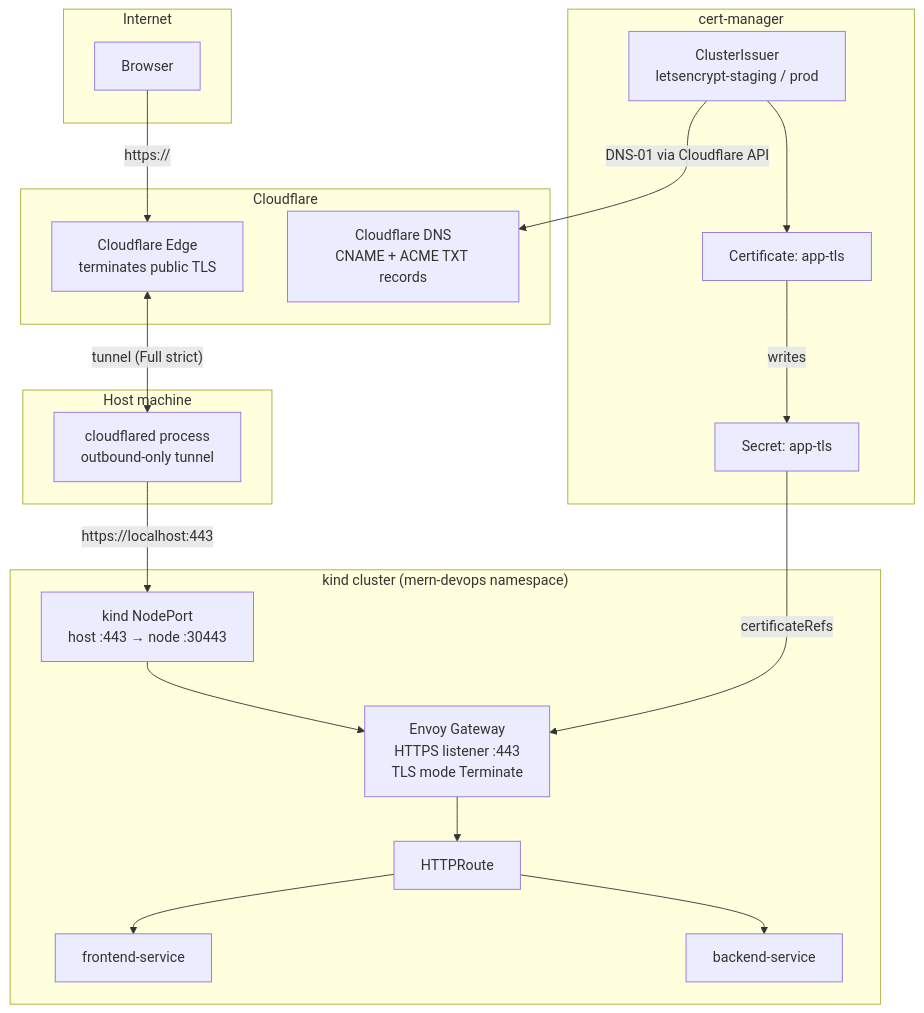
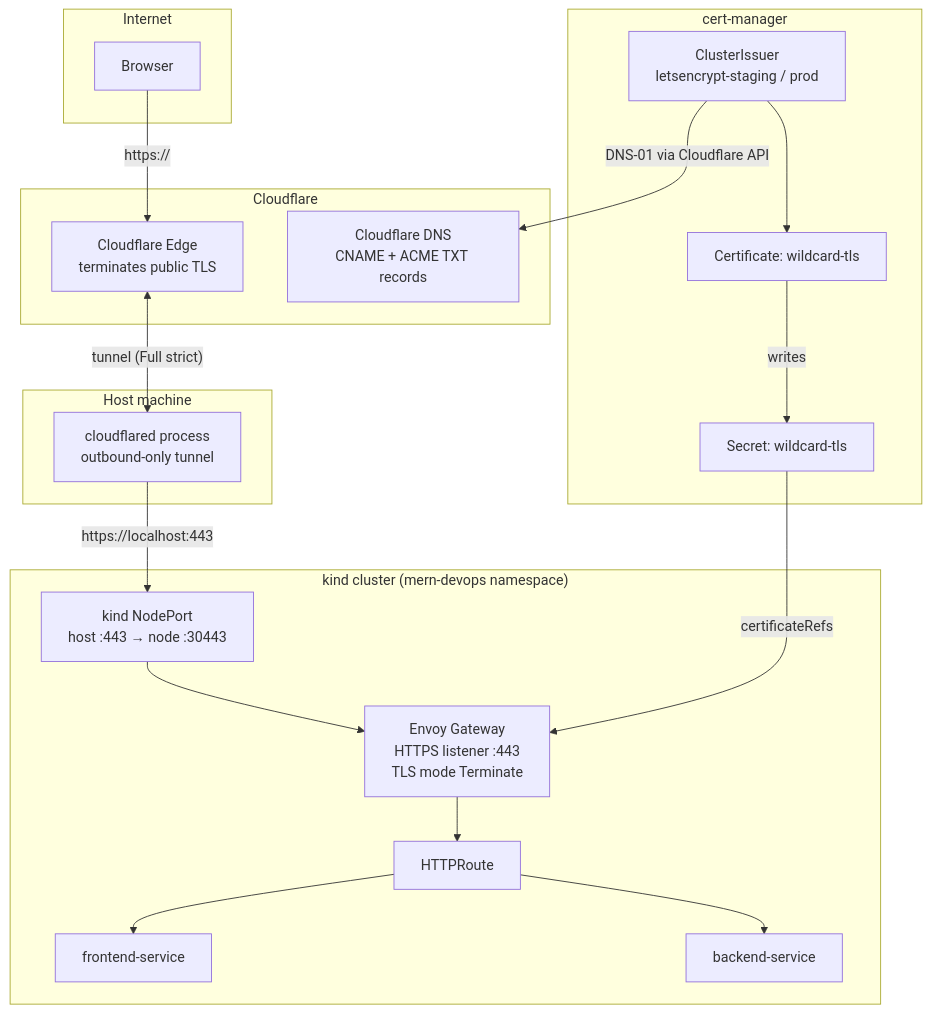
Before and after one commit to atkaridarshan04/cloudnative-devops-blueprint: the first of 2 diagrams in docs/public-access-cloudflare-tunnel.md, drawn with Mermaid. The commit also changed other lines of this file and 12 other files, not shown here.

Commit message:
add argocd gitops deployment and switch to a wildcard TLS cert

````diff
--- a/docs/public-access-cloudflare-tunnel.md
+++ b/docs/public-access-cloudflare-tunnel.md
@@ -21,42 +21,42 @@
 ```mermaid
 flowchart TD
     subgraph Internet
         Browser[Browser]
     end
 
     subgraph Cloudflare
         Edge[Cloudflare Edge<br/>terminates public TLS]
         DNS[Cloudflare DNS<br/>CNAME + ACME TXT records]
     end
 
     subgraph "Host machine"
         Tunnel[cloudflared process<br/>outbound-only tunnel]
     end
 
     subgraph "kind cluster (mern-devops namespace)"
         NP[kind NodePort<br/>host :443 → node :30443]
         GW[Envoy Gateway<br/>HTTPS listener :443<br/>TLS mode Terminate]
         Route[HTTPRoute]
         FE[frontend-service]
         BE[backend-service]
     end
 
     subgraph "cert-manager"
         CI[ClusterIssuer<br/>letsencrypt-staging / prod]
-        Cert[Certificate: app-tls]
-        Secret[Secret: app-tls]
+        Cert[Certificate: wildcard-tls]
+        Secret[Secret: wildcard-tls]
     end
 
     Browser -->|"https://<hostname>"| Edge
     Edge <-->|"tunnel (Full strict)"| Tunnel
     Tunnel -->|"https://localhost:443"| NP
     NP --> GW
     GW --> Route
     Route --> FE
     Route --> BE
 
     CI -->|DNS-01 via Cloudflare API| DNS
     CI --> Cert
     Cert -->|writes| Secret
     Secret -->|certificateRefs| GW
 ```
````
